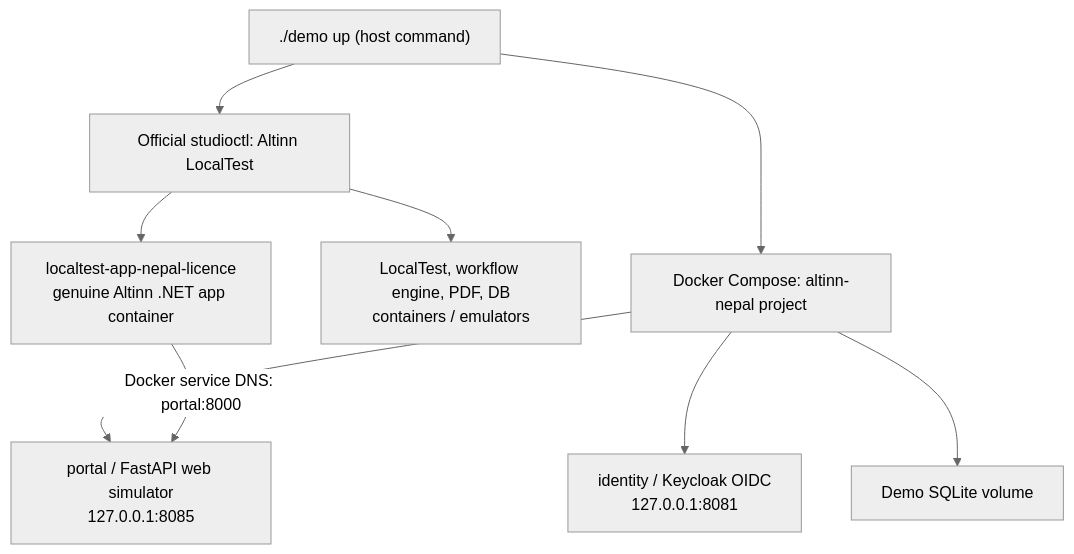
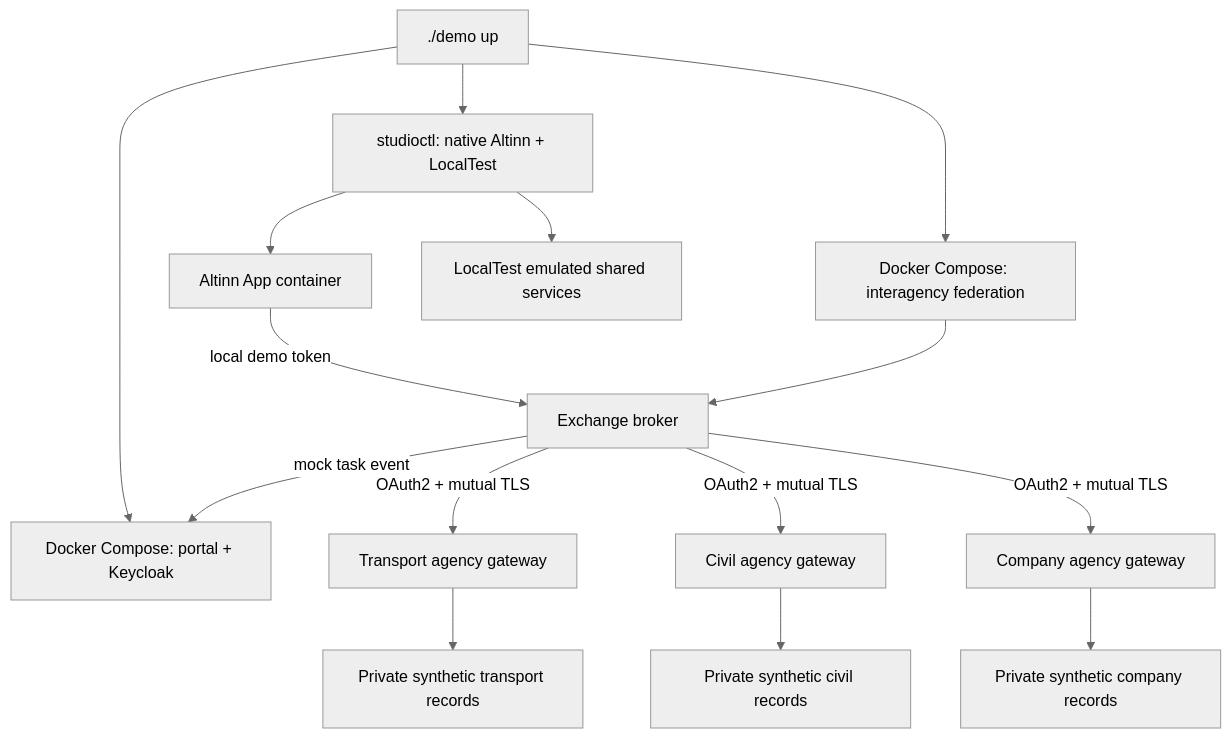
One commit to SushantGautam/altinn-example-np changed the diagram in docs/DOCKER.md. Above: the diagram before and after it, drawn with Mermaid (neutral theme). The commit also changed other lines of this file and 19 other files, not shown here.

First line of the commit message:
Prepare Nepal Altinn demonstrator for public review

````diff
--- a/docs/DOCKER.md
+++ b/docs/DOCKER.md
@@ -43,12 +39,17 @@
 ```mermaid
-flowchart TB
-  CLI["./demo up (host command)"]
-  CLI --> COMPOSE["Docker Compose: altinn-nepal project"]
-  CLI --> STUDIO["Official studioctl: Altinn LocalTest"]
-  COMPOSE --> PORTAL["portal / FastAPI web simulator<br>127.0.0.1:8085"]
-  COMPOSE --> KC["identity / Keycloak OIDC<br>127.0.0.1:8081"]
-  COMPOSE --> VOL["Demo SQLite volume"]
-  STUDIO --> EMU["LocalTest, workflow engine, PDF, DB<br>containers / emulators"]
-  STUDIO --> NATIVE["localtest-app-nepal-licence<br>genuine Altinn .NET app container"]
-  NATIVE -- "Docker service DNS: portal:8000" --> PORTAL
+flowchart TD
+  CLI["./demo up"] --> PORTAL["Docker Compose: portal + Keycloak"]
+  CLI --> FED["Docker Compose: interagency federation"]
+  CLI --> STUDIO["studioctl: native Altinn + LocalTest"]
+  STUDIO --> NATIVE["Altinn App container"]
+  STUDIO --> LOCAL["LocalTest emulated shared services"]
+  NATIVE -->|local demo token| BROKER["Exchange broker"]
+  FED --> BROKER
+  BROKER -->|OAuth2 + mutual TLS| T["Transport agency gateway"]
+  BROKER -->|OAuth2 + mutual TLS| C["Civil agency gateway"]
+  BROKER -->|OAuth2 + mutual TLS| R["Company agency gateway"]
+  T --> TD["Private synthetic transport records"]
+  C --> CD["Private synthetic civil records"]
+  R --> RD["Private synthetic company records"]
+  BROKER -->|mock task event| PORTAL
 ```
````
